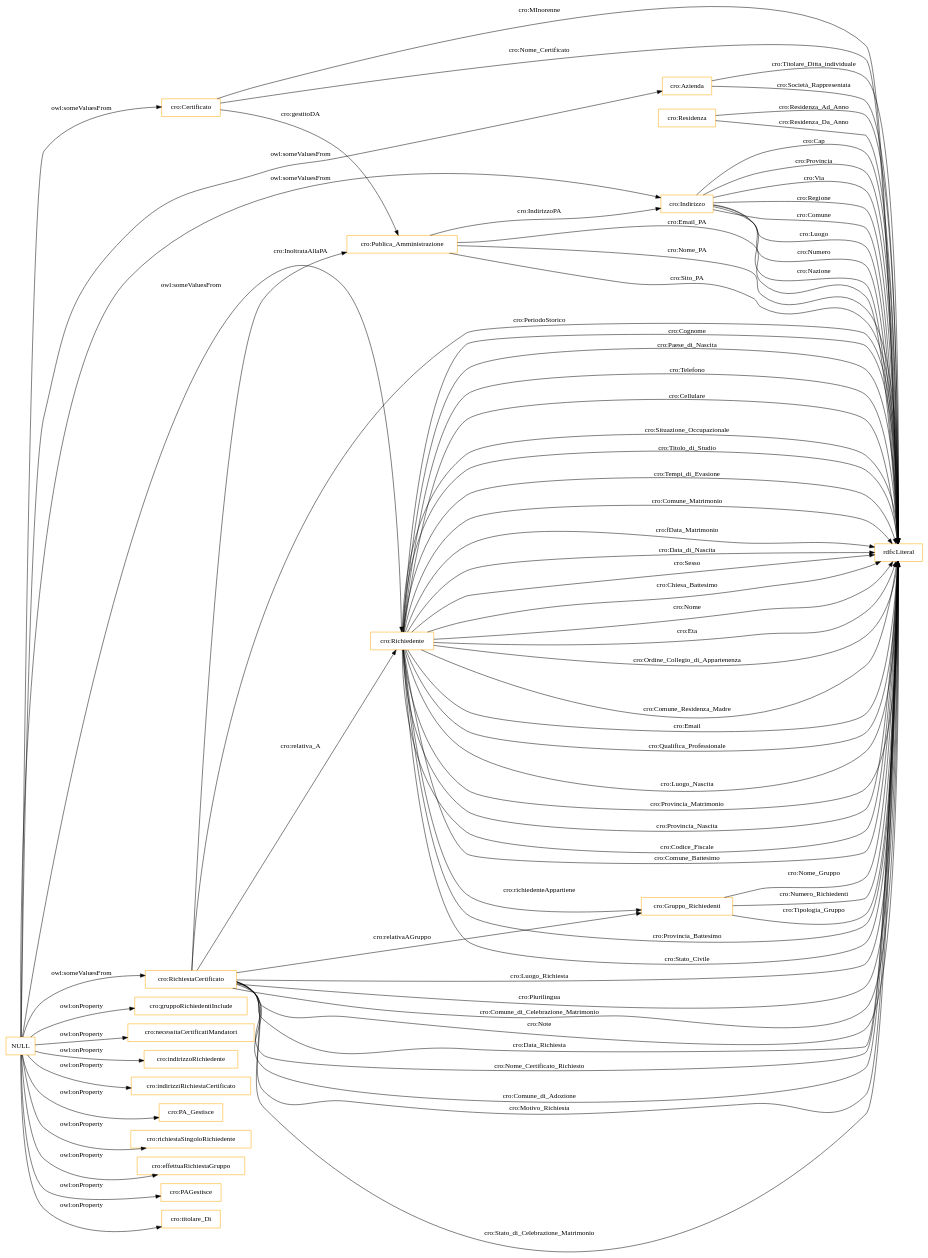
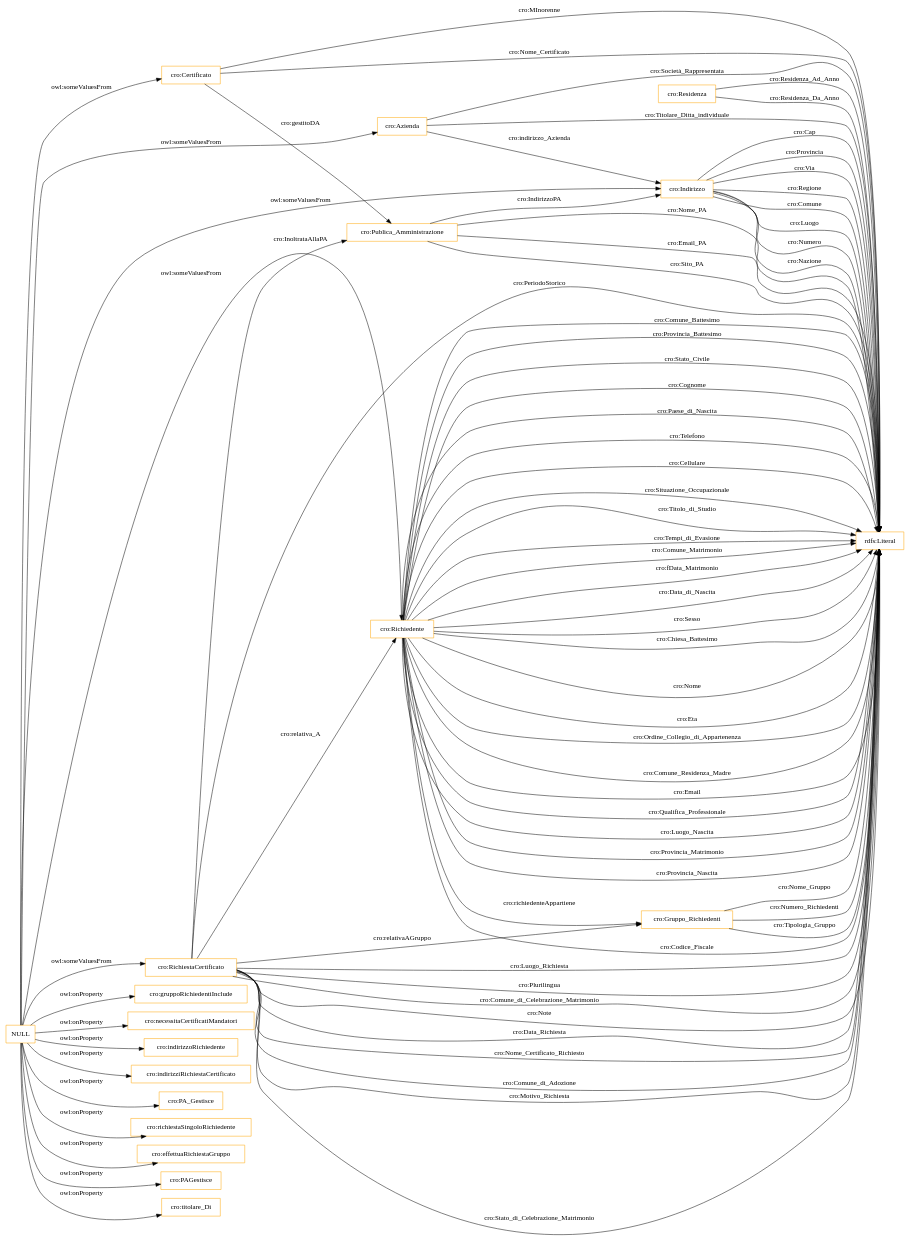
Before and after one commit to gcarau/RichiestaCertificati: the diagram in OnToology/CertificateRequest.ttl/diagrams/ar2dtool-class/CertificateRequest.ttl.png.dot, drawn with Graphviz. The commit also changed 12 other files, not shown here.

```diff
--- a/OnToology/CertificateRequest.ttl/diagrams/ar2dtool-class/CertificateRequest.ttl.png.dot
+++ b/OnToology/CertificateRequest.ttl/diagrams/ar2dtool-class/CertificateRequest.ttl.png.dot
@@ -1,81 +1,82 @@
 digraph ar2dtool_diagram { 
 rankdir=LR;
 size="1501"
 node [shape = rectangle, color="orange"]; "cro:Publica_Amministrazione" "cro:Residenza" "cro:Gruppo_Richiedenti" "cro:Indirizzo" "cro:Richiedente" "cro:Azienda" "cro:Certificato" "cro:RichiestaCertificato" ; /*classes style*/
 	"NULL" -> "cro:Azienda" [ label = "owl:someValuesFrom" ];
 	"NULL" -> "cro:gruppoRichiedentiInclude" [ label = "owl:onProperty" ];
 	"NULL" -> "cro:necessitaCertificatiMandatori" [ label = "owl:onProperty" ];
 	"NULL" -> "cro:indirizzoRichiedente" [ label = "owl:onProperty" ];
 	"NULL" -> "cro:indirizziRichiestaCertificato" [ label = "owl:onProperty" ];
 	"NULL" -> "cro:PA_Gestisce" [ label = "owl:onProperty" ];
 	"NULL" -> "cro:richiestaSingoloRichiedente" [ label = "owl:onProperty" ];
 	"NULL" -> "cro:effettuaRichiestaGruppo" [ label = "owl:onProperty" ];
 	"NULL" -> "cro:PAGestisce" [ label = "owl:onProperty" ];
 	"NULL" -> "cro:Indirizzo" [ label = "owl:someValuesFrom" ];
 	"NULL" -> "cro:RichiestaCertificato" [ label = "owl:someValuesFrom" ];
 	"NULL" -> "cro:titolare_Di" [ label = "owl:onProperty" ];
 	"NULL" -> "cro:Richiedente" [ label = "owl:someValuesFrom" ];
 	"NULL" -> "cro:Certificato" [ label = "owl:someValuesFrom" ];
 	"cro:RichiestaCertificato" -> "rdfs:Literal" [ label = "cro:Plurilingua" ];
 	"cro:Residenza" -> "rdfs:Literal" [ label = "cro:Residenza_Ad_Anno" ];
 	"cro:RichiestaCertificato" -> "cro:Richiedente" [ label = "cro:relativa_A" ];
 	"cro:Richiedente" -> "rdfs:Literal" [ label = "cro:Titolo_di_Studio" ];
+	"cro:Azienda" -> "cro:Indirizzo" [ label = "cro:indirizzo_Azienda" ];
 	"cro:RichiestaCertificato" -> "rdfs:Literal" [ label = "cro:Comune_di_Celebrazione_Matrimonio" ];
 	"cro:Publica_Amministrazione" -> "rdfs:Literal" [ label = "cro:Nome_PA" ];
 	"cro:Richiedente" -> "rdfs:Literal" [ label = "cro:Tempi_di_Evasione" ];
 	"cro:Certificato" -> "cro:Publica_Amministrazione" [ label = "cro:gestitoDA" ];
 	"cro:Publica_Amministrazione" -> "rdfs:Literal" [ label = "cro:Sito_PA" ];
 	"cro:Gruppo_Richiedenti" -> "rdfs:Literal" [ label = "cro:Nome_Gruppo" ];
 	"cro:RichiestaCertificato" -> "rdfs:Literal" [ label = "cro:Note" ];
 	"cro:Richiedente" -> "rdfs:Literal" [ label = "cro:Comune_Matrimonio" ];
 	"cro:Indirizzo" -> "rdfs:Literal" [ label = "cro:Via" ];
 	"cro:RichiestaCertificato" -> "rdfs:Literal" [ label = "cro:Data_Richiesta" ];
 	"cro:Indirizzo" -> "rdfs:Literal" [ label = "cro:Regione" ];
 	"cro:Richiedente" -> "rdfs:Literal" [ label = "cro:fData_Matrimonio" ];
 	"cro:Publica_Amministrazione" -> "cro:Indirizzo" [ label = "cro:IndirizzoPA" ];
 	"cro:Richiedente" -> "rdfs:Literal" [ label = "cro:Data_di_Nascita" ];
 	"cro:Richiedente" -> "rdfs:Literal" [ label = "cro:Sesso" ];
 	"cro:Richiedente" -> "rdfs:Literal" [ label = "cro:Chiesa_Battesimo" ];
 	"cro:RichiestaCertificato" -> "rdfs:Literal" [ label = "cro:Nome_Certificato_Richiesto" ];
 	"cro:RichiestaCertificato" -> "cro:Gruppo_Richiedenti" [ label = "cro:relativaAGruppo" ];
 	"cro:RichiestaCertificato" -> "rdfs:Literal" [ label = "cro:Comune_di_Adozione" ];
 	"cro:Richiedente" -> "rdfs:Literal" [ label = "cro:Nome" ];
 	"cro:RichiestaCertificato" -> "rdfs:Literal" [ label = "cro:Motivo_Richiesta" ];
 	"cro:RichiestaCertificato" -> "rdfs:Literal" [ label = "cro:Stato_di_Celebrazione_Matrimonio" ];
 	"cro:Richiedente" -> "rdfs:Literal" [ label = "cro:Eta" ];
 	"cro:Indirizzo" -> "rdfs:Literal" [ label = "cro:Comune" ];
 	"cro:RichiestaCertificato" -> "rdfs:Literal" [ label = "cro:PeriodoStorico" ];
 	"cro:Publica_Amministrazione" -> "rdfs:Literal" [ label = "cro:Email_PA" ];
 	"cro:Gruppo_Richiedenti" -> "rdfs:Literal" [ label = "cro:Numero_Richiedenti" ];
 	"cro:Richiedente" -> "rdfs:Literal" [ label = "cro:Ordine_Collegio_di_Appartenenza" ];
 	"cro:Richiedente" -> "rdfs:Literal" [ label = "cro:Comune_Residenza_Madre" ];
 	"cro:Azienda" -> "rdfs:Literal" [ label = "cro:Titolare_Ditta_individuale" ];
 	"cro:RichiestaCertificato" -> "rdfs:Literal" [ label = "cro:Luogo_Richiesta" ];
 	"cro:Richiedente" -> "rdfs:Literal" [ label = "cro:Email" ];
 	"cro:Richiedente" -> "rdfs:Literal" [ label = "cro:Qualifica_Professionale" ];
 	"cro:Azienda" -> "rdfs:Literal" [ label = "cro:Società_Rappresentata" ];
 	"cro:Richiedente" -> "rdfs:Literal" [ label = "cro:Luogo_Nascita" ];
 	"cro:Richiedente" -> "rdfs:Literal" [ label = "cro:Provincia_Matrimonio" ];
 	"cro:Indirizzo" -> "rdfs:Literal" [ label = "cro:Luogo" ];
 	"cro:Indirizzo" -> "rdfs:Literal" [ label = "cro:Numero" ];
 	"cro:Richiedente" -> "rdfs:Literal" [ label = "cro:Provincia_Nascita" ];
 	"cro:Residenza" -> "rdfs:Literal" [ label = "cro:Residenza_Da_Anno" ];
 	"cro:Richiedente" -> "rdfs:Literal" [ label = "cro:Codice_Fiscale" ];
 	"cro:Certificato" -> "rdfs:Literal" [ label = "cro:Nome_Certificato" ];
 	"cro:Richiedente" -> "cro:Gruppo_Richiedenti" [ label = "cro:richiedenteAppartiene" ];
 	"cro:Certificato" -> "rdfs:Literal" [ label = "cro:MInorenne" ];
 	"cro:Richiedente" -> "rdfs:Literal" [ label = "cro:Comune_Battesimo" ];
 	"cro:Richiedente" -> "rdfs:Literal" [ label = "cro:Provincia_Battesimo" ];
 	"cro:Richiedente" -> "rdfs:Literal" [ label = "cro:Stato_Civile" ];
 	"cro:Richiedente" -> "rdfs:Literal" [ label = "cro:Cognome" ];
 	"cro:Richiedente" -> "rdfs:Literal" [ label = "cro:Paese_di_Nascita" ];
 	"cro:Richiedente" -> "rdfs:Literal" [ label = "cro:Telefono" ];
 	"cro:Indirizzo" -> "rdfs:Literal" [ label = "cro:Nazione" ];
 	"cro:Richiedente" -> "rdfs:Literal" [ label = "cro:Cellulare" ];
 	"cro:Gruppo_Richiedenti" -> "rdfs:Literal" [ label = "cro:Tipologia_Gruppo" ];
 	"cro:Richiedente" -> "rdfs:Literal" [ label = "cro:Situazione_Occupazionale" ];
 	"cro:Indirizzo" -> "rdfs:Literal" [ label = "cro:Cap" ];
 	"cro:Indirizzo" -> "rdfs:Literal" [ label = "cro:Provincia" ];
 	"cro:RichiestaCertificato" -> "cro:Publica_Amministrazione" [ label = "cro:InoltrataAllaPA" ];
 
 }
```
